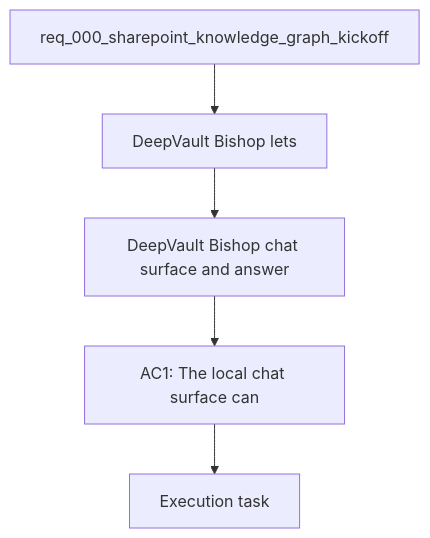
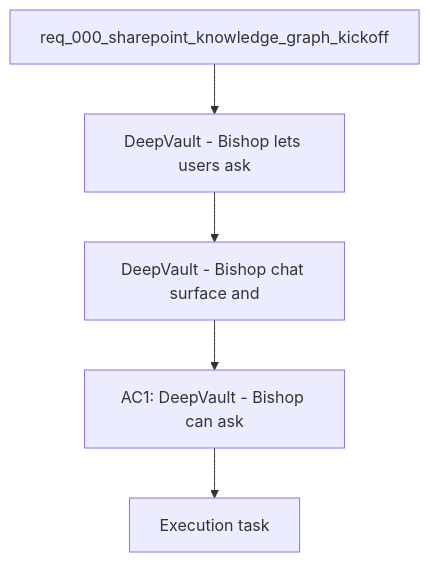
One commit to AlexAgo83/deepvault changed the diagram in logics/backlog/item_009_local_chat_surface_and_answer_flow.md. Above: the diagram before and after it, drawn with Mermaid. The commit also changed other lines of this file and 28 other files, not shown here.

Commit message:
Align DeepVault docs and UI workflow guardrails

````diff
--- a/logics/backlog/item_009_local_chat_surface_and_answer_flow.md
+++ b/logics/backlog/item_009_local_chat_surface_and_answer_flow.md
@@ -21,9 +21,9 @@
 ```mermaid
 %% logics-kind: backlog
 %% logics-signature: backlog|deepvault-bishop-chat-surface-and-answer|req-000-sharepoint-knowledge-graph-kicko|deepvault-bishop-lets-users-ask|ac1-deepvault-bishop-can-ask
 flowchart TD
-    Request[req_000_sharepoint_knowledge_graph_kickoff] --> Problem[DeepVault Bishop lets]
-    Problem --> Scope[DeepVault Bishop chat surface and answer]
-    Scope --> Acceptance[AC1: The local chat surface can]
+    Request[req_000_sharepoint_knowledge_graph_kickoff] --> Problem[DeepVault - Bishop lets users ask]
+    Problem --> Scope[DeepVault - Bishop chat surface and]
+    Scope --> Acceptance[AC1: DeepVault - Bishop can ask]
     Acceptance --> Tasks[Execution task]
 ```
````
